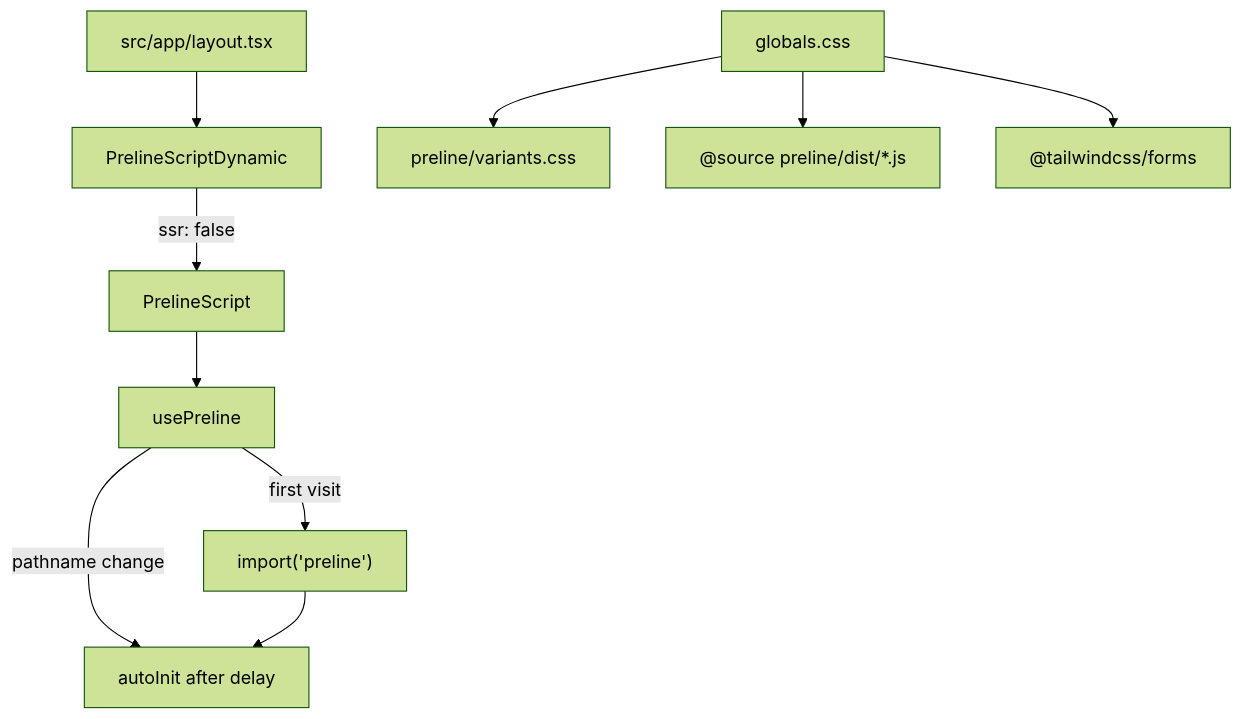
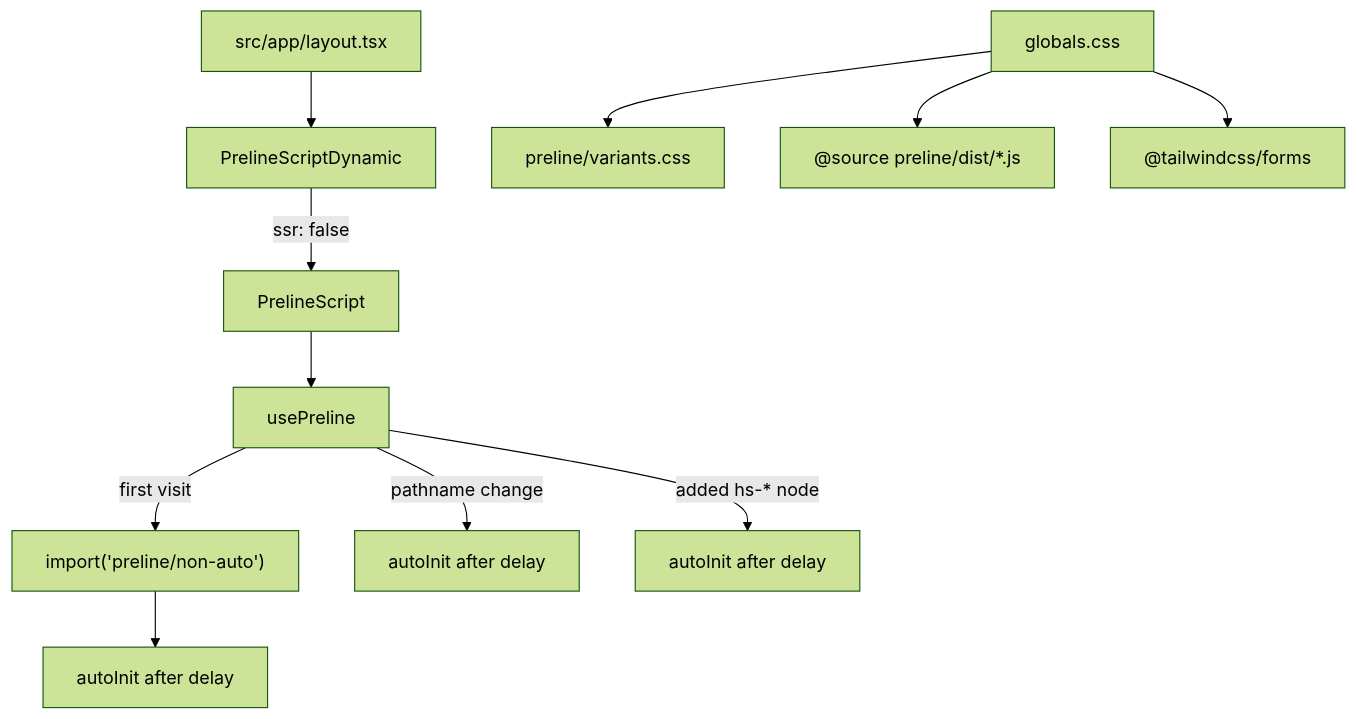
One commit to brandon-cercedo/root-next-template changed the diagram in docs/preline-ui.md. Above: the diagram before and after it, drawn with Mermaid (forest theme). The commit also changed other lines of this file and 7 other files, not shown here.

First line of the commit message:
fix(RNT-27): initialize Preline via non-auto entry

````diff
--- a/docs/preline-ui.md
+++ b/docs/preline-ui.md
@@ -32,12 +36,13 @@
 ```mermaid
 flowchart TD
   Layout["src/app/layout.tsx"] --> Script["PrelineScriptDynamic"]
   Script -->|ssr: false| PrelineScript["PrelineScript"]
   PrelineScript --> Hook["usePreline"]
-  Hook -->|first visit| Import["import('preline')"]
-  Hook -->|pathname change| Init["autoInit after delay"]
-  Import --> Init
+  Hook -->|first visit| Import["import('preline/non-auto')"]
+  Import --> FirstInit["autoInit after delay"]
+  Hook -->|pathname change| PathInit["autoInit after delay"]
+  Hook -->|added hs-* node| Observer["autoInit after delay"]
   CSS["globals.css"] --> Variants["preline/variants.css"]
   CSS --> Source["@source preline/dist/*.js"]
   CSS --> Forms["@tailwindcss/forms"]
 ```
````
